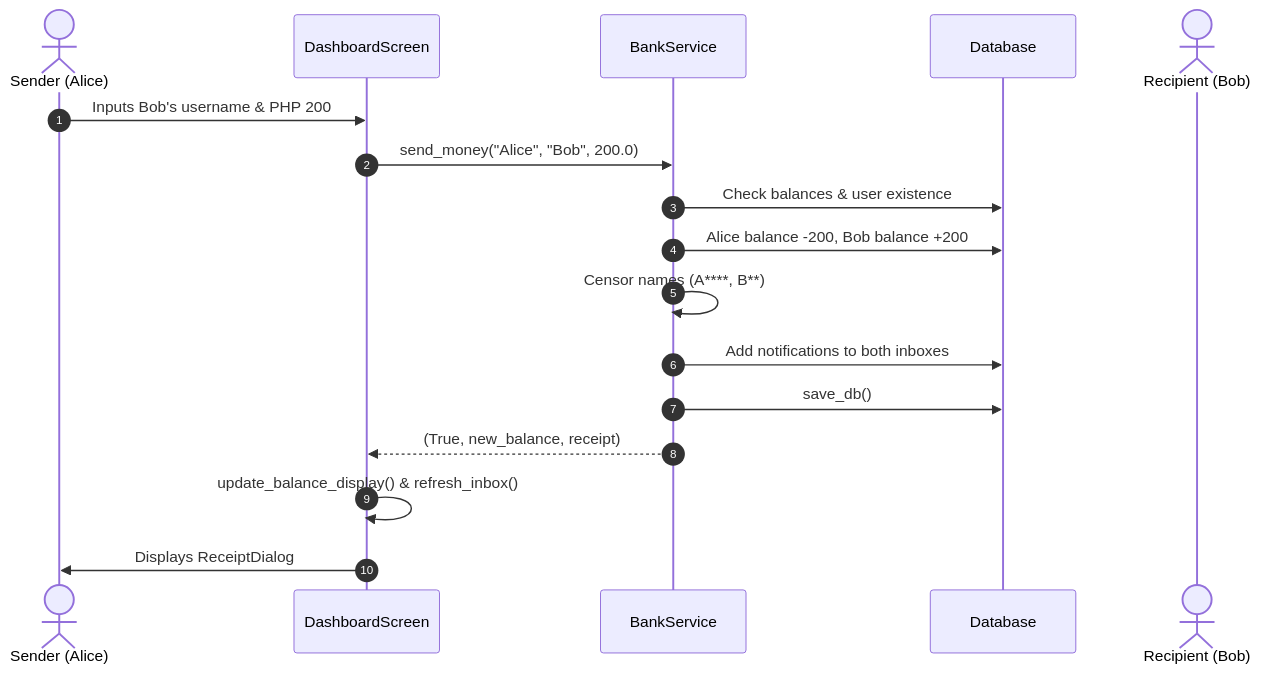
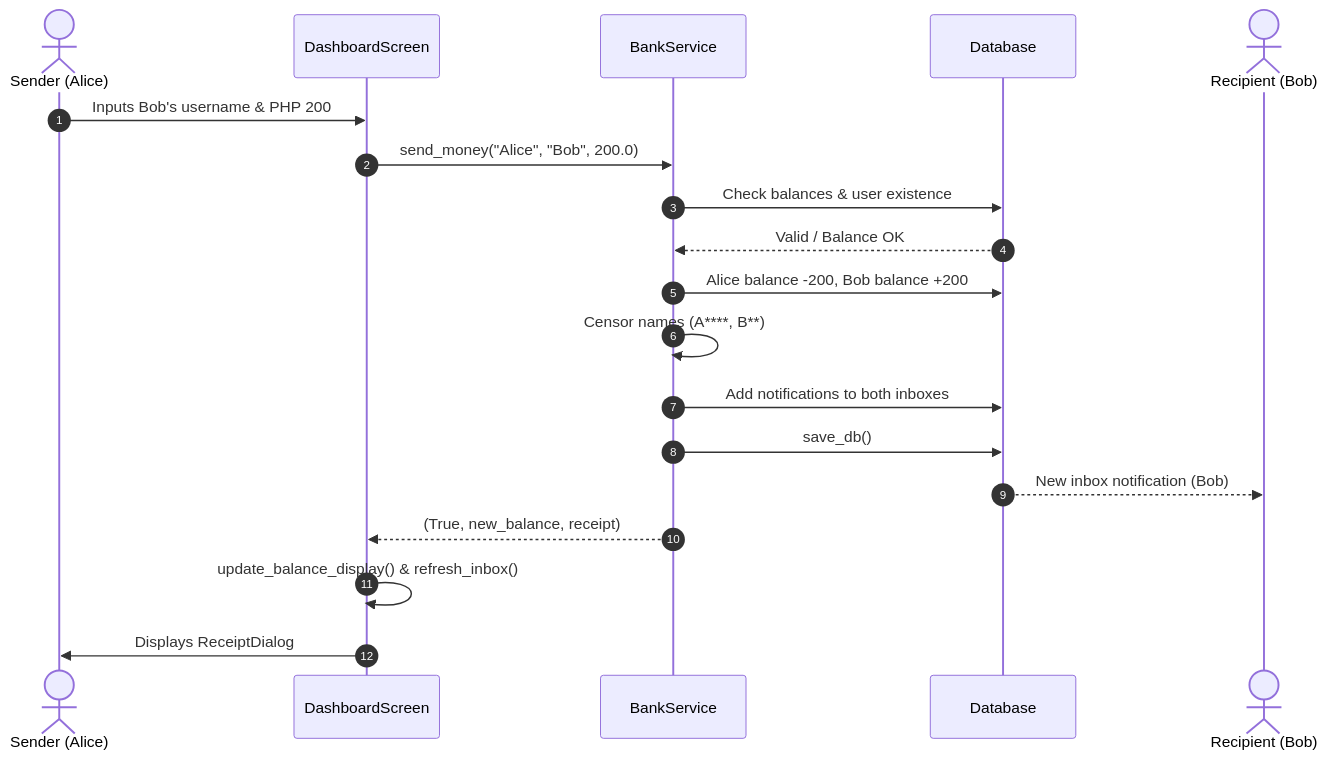
The first of 2 diagrams in Digital Banking App (Gcash Clone)/README.md (Colbalt290/School-projects), drawn with Mermaid before and after one commit.

````diff
--- a/Digital Banking App (Gcash Clone)/README.md
+++ b/Digital Banking App (Gcash Clone)/README.md
@@ -167,20 +167,22 @@
 ```mermaid
 sequenceDiagram
     autonumber
     actor User as Sender (Alice)
     participant UI as DashboardScreen
     participant Bank as BankService
     participant DB as Database
     actor Rec as Recipient (Bob)
 
     User->>UI: Inputs Bob's username & PHP 200
     UI->>Bank: send_money("Alice", "Bob", 200.0)
     Bank->>DB: Check balances & user existence
+    DB-->>Bank: Valid / Balance OK
     Bank->>DB: Alice balance -200, Bob balance +200
     Bank->>Bank: Censor names (A****, B**)
     Bank->>DB: Add notifications to both inboxes
     Bank->>DB: save_db()
+    DB-->>Rec: New inbox notification (Bob)
     Bank-->>UI: (True, new_balance, receipt)
     UI->>UI: update_balance_display() & refresh_inbox()
     UI->>User: Displays ReceiptDialog
 ```
````
